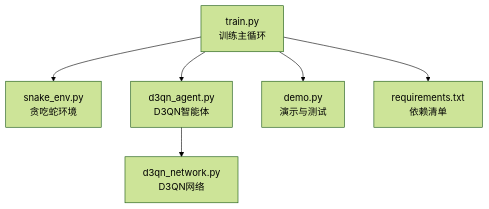
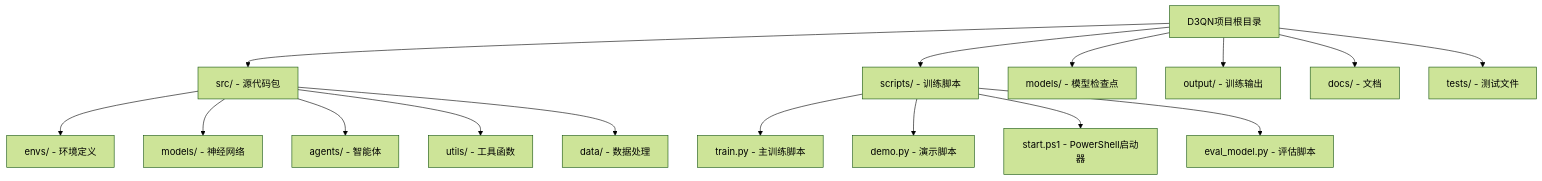
One commit to fuweiq94-cloud/3399180760000 changed the first of 3 diagrams in .qoder/repowiki/zh/content/项目概述/项目概述.md. Above: the diagram before and after it, drawn with Mermaid (forest theme). The commit also changed other lines of this file and 75 other files, not shown here.

````diff
--- a/.qoder/repowiki/zh/content/项目概述/项目概述.md
+++ b/.qoder/repowiki/zh/content/项目概述/项目概述.md
@@ -39,8 +42,18 @@
 ```mermaid
 graph TB
-A["train.py<br/>训练主循环"] --> B["snake_env.py<br/>贪吃蛇环境"]
-A --> C["d3qn_agent.py<br/>D3QN智能体"]
-C --> D["d3qn_network.py<br/>D3QN网络"]
-A --> E["demo.py<br/>演示与测试"]
-A --> F["requirements.txt<br/>依赖清单"]
+A["D3QN项目根目录"] --> B["src/ - 源代码包"]
+A --> C["scripts/ - 训练脚本"]
+A --> D["models/ - 模型检查点"]
+A --> E["output/ - 训练输出"]
+A --> F["docs/ - 文档"]
+A --> G["tests/ - 测试文件"]
+B --> H["envs/ - 环境定义"]
+B --> I["models/ - 神经网络"]
+B --> J["agents/ - 智能体"]
+B --> K["utils/ - 工具函数"]
+B --> L["data/ - 数据处理"]
+C --> M["train.py - 主训练脚本"]
+C --> N["demo.py - 演示脚本"]
+C --> O["start.ps1 - PowerShell启动器"]
+C --> P["eval_model.py - 评估脚本"]
 ```
````
